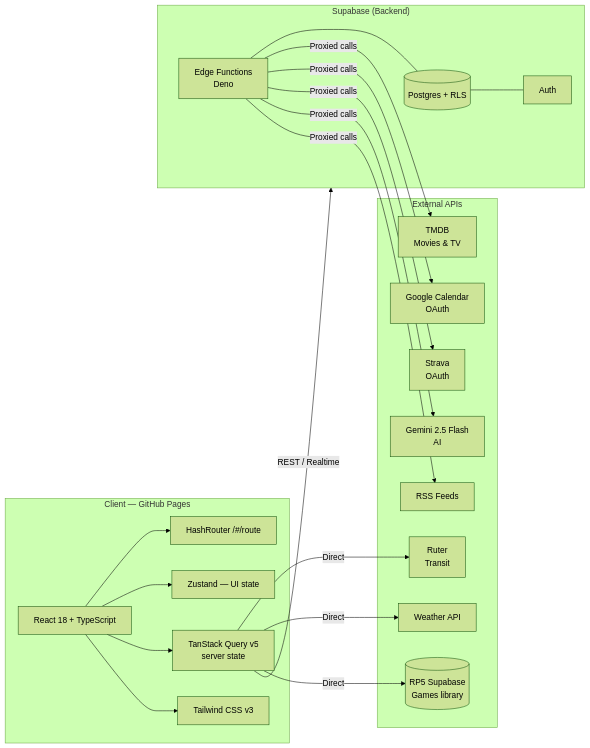
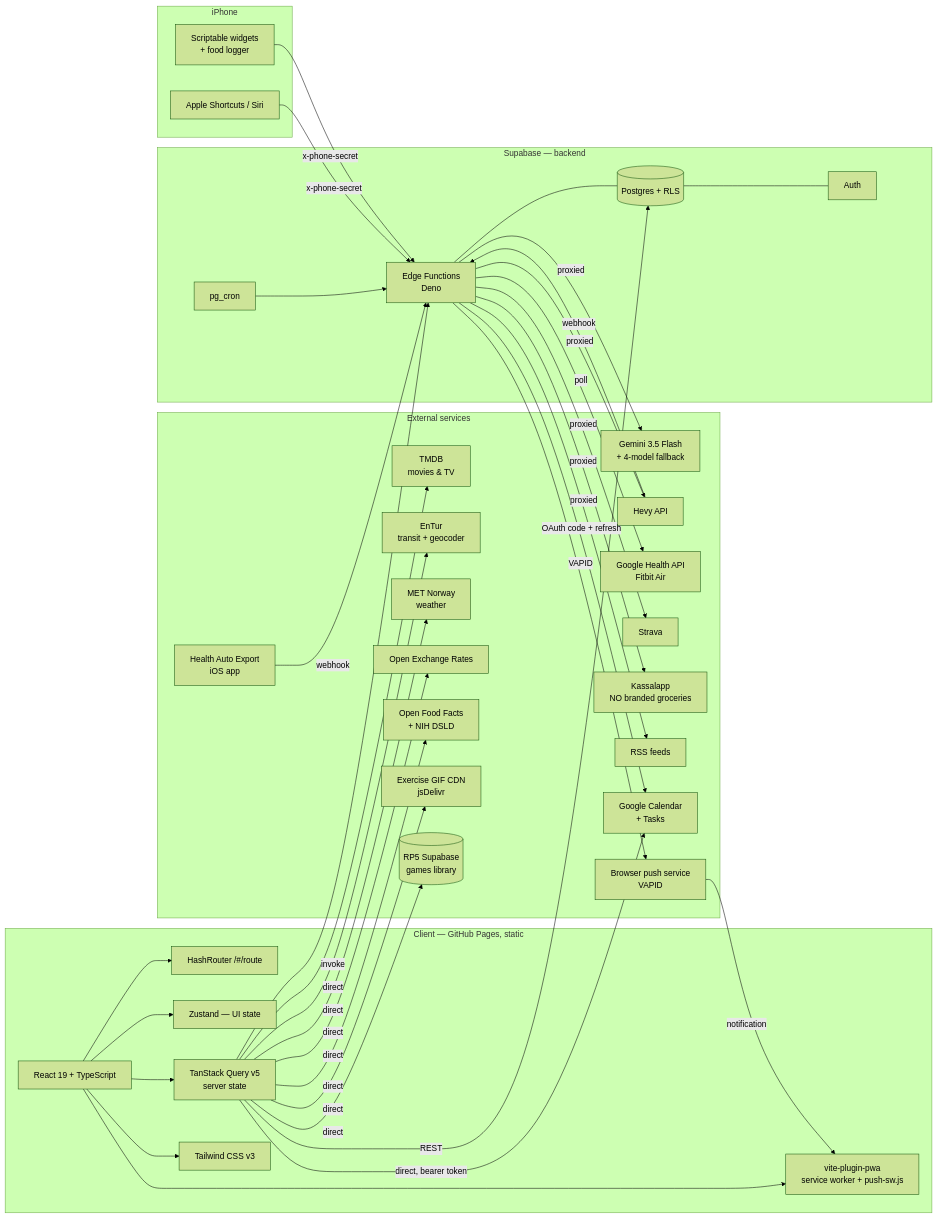
One commit to Lasciviens/Project_Daily changed the second of 3 diagrams in README.md. Above: the diagram before and after it, drawn with Mermaid (forest theme). The commit also changed other lines of this file and 31 other files, not shown here.

First line of the commit message:
docs: repo-wide documentation + GitHub housekeeping

````diff
--- a/README.md
+++ b/README.md
@@ -38,43 +64,76 @@
 ```mermaid
 flowchart LR
-    subgraph Client["Client — GitHub Pages"]
-        R[React 18 + TypeScript]
+    subgraph Client["Client — GitHub Pages, static"]
+        R[React 19 + TypeScript]
         RR[HashRouter /#/route]
         Z[Zustand — UI state]
-        TQ[TanStack Query v5\nserver state]
+        TQ[TanStack Query v5<br/>server state]
         TW[Tailwind CSS v3]
+        SW[vite-plugin-pwa<br/>service worker + push-sw.js]
         R --> RR
         R --> Z
         R --> TQ
         R --> TW
+        R --> SW
     end
 
-    subgraph Supabase["Supabase (Backend)"]
+    subgraph Phone["iPhone"]
+        SHORT[Apple Shortcuts / Siri]
+        SCRIPT[Scriptable widgets<br/>+ food logger]
+    end
+
+    subgraph Supabase["Supabase — backend"]
         PG[(Postgres + RLS)]
         AUTH[Auth]
-        EF[Edge Functions\nDeno]
+        EF[Edge Functions<br/>Deno]
+        CRON[pg_cron]
         PG --- AUTH
         EF --- PG
+        CRON --> EF
     end
 
-    subgraph APIs["External APIs"]
-        TMDB[TMDB\nMovies & TV]
-        GCAL[Google Calendar\nOAuth]
-        STRAVA[Strava\nOAuth]
-        GEMINI[Gemini 2.5 Flash\nAI]
-        RUTER[Ruter\nTransit]
-        WEATHER[Weather API]
-        NEWS[RSS Feeds]
-        RP5[(RP5 Supabase\nGames library)]
+    subgraph APIs["External services"]
+        GEMINI[Gemini 3.5 Flash<br/>+ 4-model fallback]
+        HEVY[Hevy API]
+        GHEALTH[Google Health API<br/>Fitbit Air]
+        HAE[Health Auto Export<br/>iOS app]
+        STRAVA[Strava]
+        KASSAL[Kassalapp<br/>NO branded groceries]
+        NEWS[RSS feeds]
+        GCAL[Google Calendar<br/>+ Tasks]
+        TMDB[TMDB<br/>movies & TV]
+        ENTUR[EnTur<br/>transit + geocoder]
+        MET[MET Norway<br/>weather]
+        OXR[Open Exchange Rates]
+        OFF[Open Food Facts<br/>+ NIH DSLD]
+        GIFS[Exercise GIF CDN<br/>jsDelivr]
+        RP5[(RP5 Supabase<br/>games library)]
+        WEBPUSH[Browser push service<br/>VAPID]
     end
 
-    TQ -->|REST / Realtime| Supabase
-    EF -->|Proxied calls| TMDB
-    EF -->|Proxied calls| GCAL
-    EF -->|Proxied calls| STRAVA
-    EF -->|Proxied calls| GEMINI
-    TQ -->|Direct| RUTER
-    TQ -->|Direct| WEATHER
-    EF -->|Proxied calls| NEWS
-    TQ -->|Direct| RP5
+    TQ -->|REST| PG
+    TQ -->|invoke| EF
+    SHORT -->|x-phone-secret| EF
+    SCRIPT -->|x-phone-secret| EF
+
+    EF -->|proxied| GEMINI
+    EF -->|proxied| HEVY
+    HEVY -->|webhook| EF
+    EF -->|poll| GHEALTH
+    HAE -->|webhook| EF
+    EF -->|proxied| STRAVA
+    EF -->|proxied| KASSAL
+    EF -->|proxied| NEWS
+    EF -->|OAuth code + refresh| GCAL
+    EF -->|VAPID| WEBPUSH
+    WEBPUSH -->|notification| SW
+
+    TQ -->|direct| TMDB
+    TQ -->|direct, bearer token| GCAL
+    TQ -->|direct| ENTUR
+    TQ -->|direct| MET
+    TQ -->|direct| OXR
+    TQ -->|direct| OFF
+    TQ -->|direct| GIFS
+    TQ -->|direct| RP5
 ```
````
